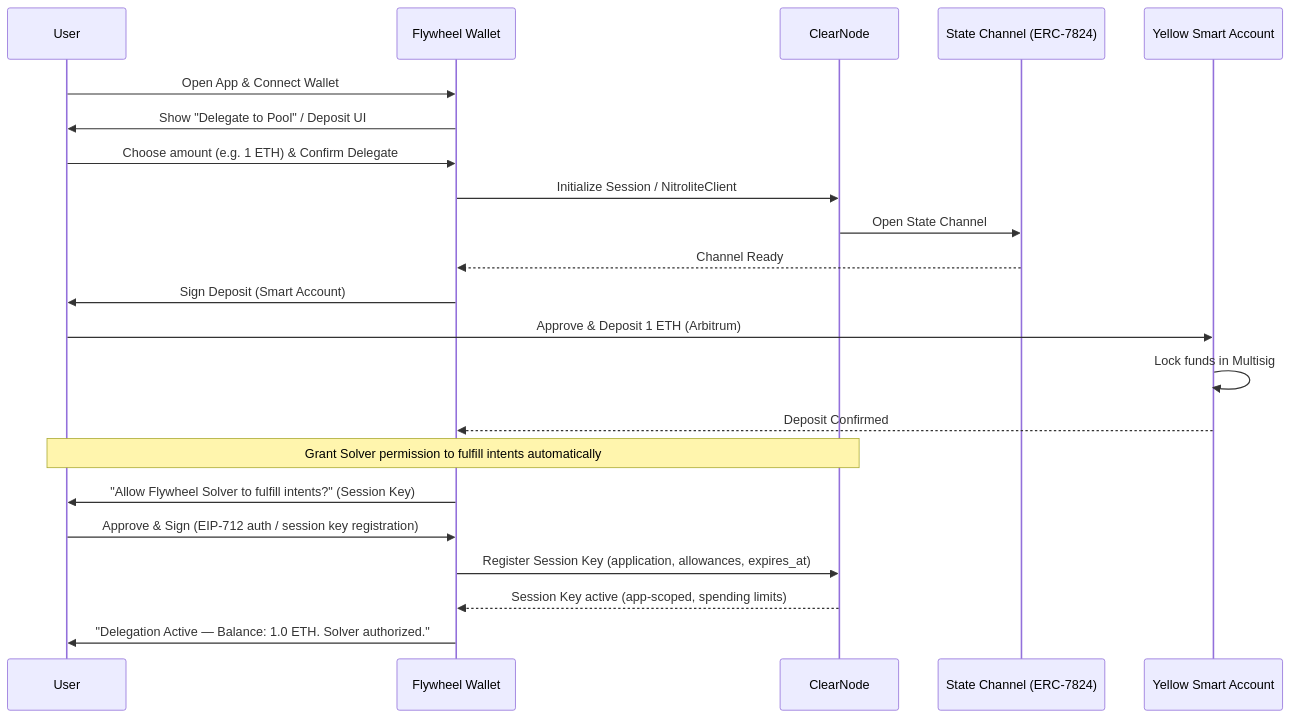
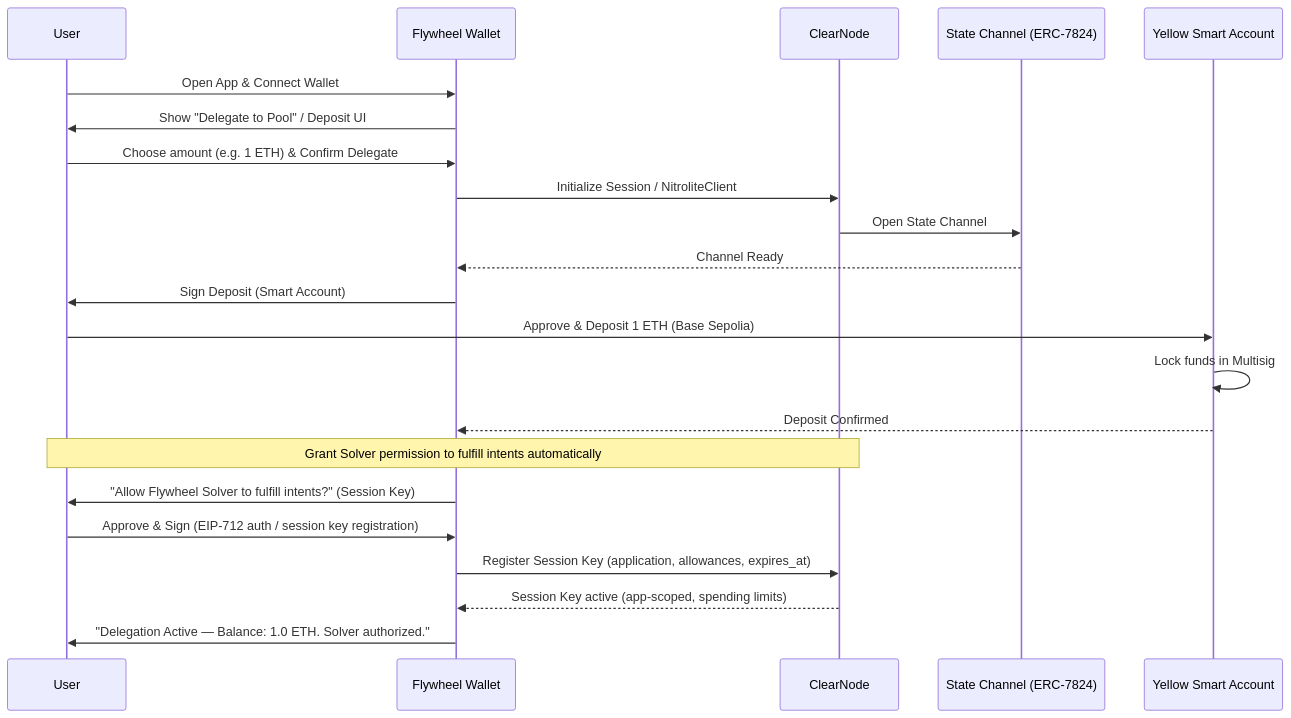
Before and after one commit to 0xarcano/UXWallet: the first of 3 diagrams in .context/sequence-diagrams.md, drawn with Mermaid. The commit also changed other lines of this file and 28 other files, not shown here.

````diff
--- a/.context/sequence-diagrams.md
+++ b/.context/sequence-diagrams.md
@@ -13,26 +13,26 @@
 ```mermaid
 sequenceDiagram
     participant LP as User
     participant App as Flywheel Wallet
     participant CN as ClearNode
     participant SC as State Channel (ERC-7824)
     participant SA as Yellow Smart Account
 
     LP->>App: Open App & Connect Wallet
     App->>LP: Show "Delegate to Pool" / Deposit UI
     LP->>App: Choose amount (e.g. 1 ETH) & Confirm Delegate
     App->>CN: Initialize Session / NitroliteClient
     CN->>SC: Open State Channel
     SC-->>App: Channel Ready
     App->>LP: Sign Deposit (Smart Account)
-    LP->>SA: Approve & Deposit 1 ETH (Arbitrum)
+    LP->>SA: Approve & Deposit 1 ETH (Base Sepolia)
     SA->>SA: Lock funds in Multisig
     SA-->>App: Deposit Confirmed
 
     Note over LP,CN: Grant Solver permission to fulfill intents automatically
     App->>LP: "Allow Flywheel Solver to fulfill intents?" (Session Key)
     LP->>App: Approve & Sign (EIP-712 auth / session key registration)
     App->>CN: Register Session Key (application, allowances, expires_at)
     CN-->>App: Session Key active (app-scoped, spending limits)
     App->>LP: "Delegation Active — Balance: 1.0 ETH. Solver authorized."
 ```
````
